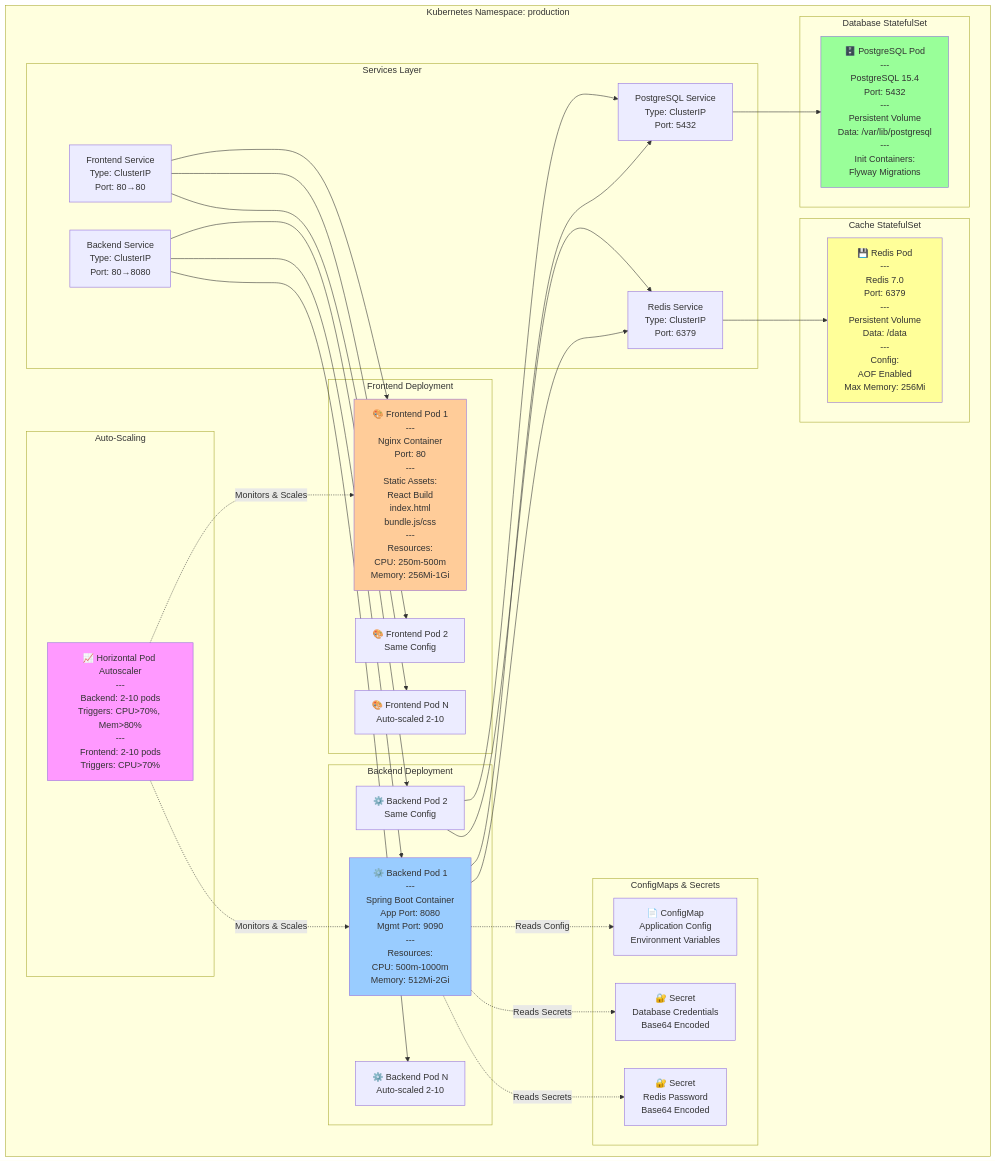
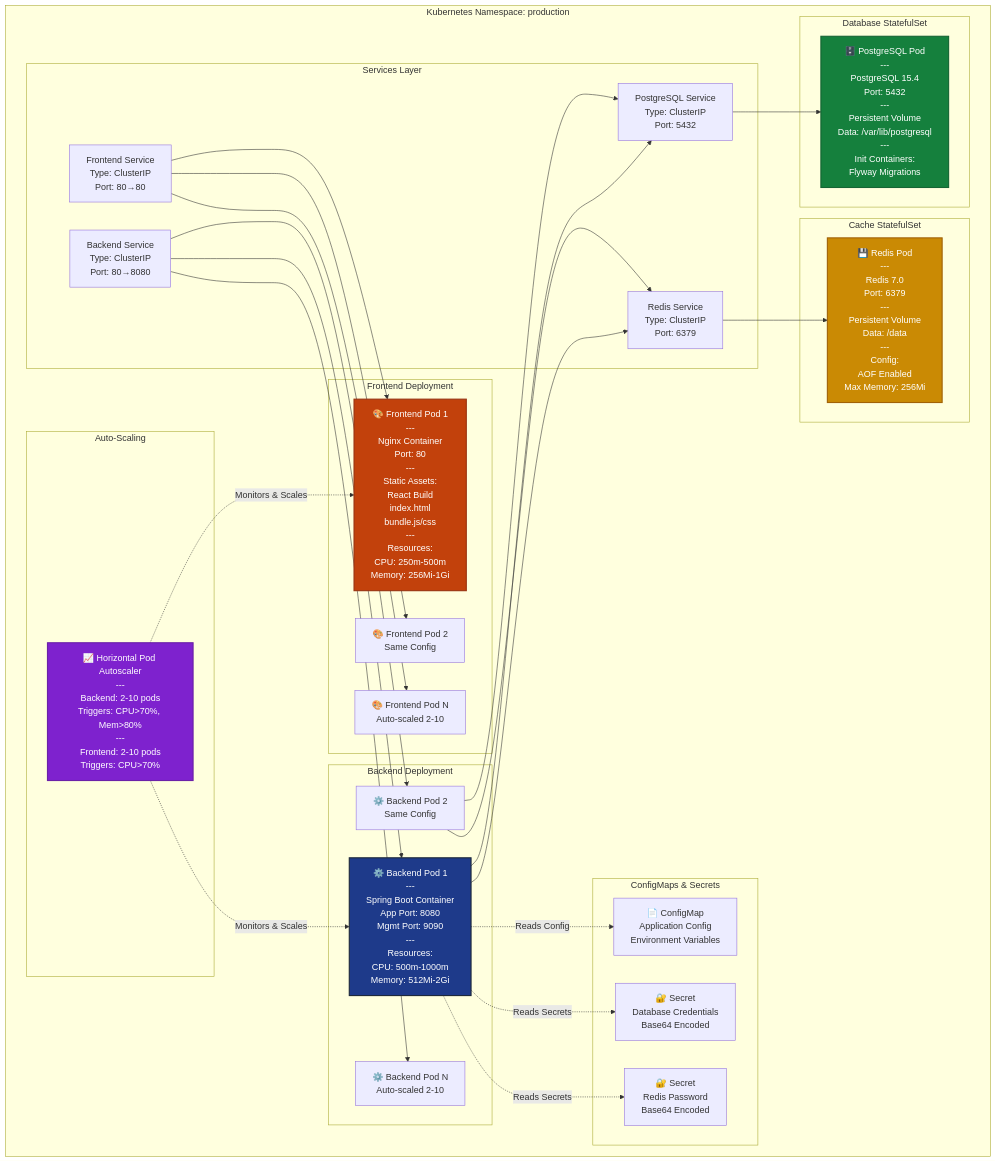
The fourth of 11 diagrams in ARCHITECTURE.md (gauravumrane29/my_Hands_On_Projects), drawn with Mermaid before and after one commit. The commit also changed other lines of this file and 1 other file, not shown here.

````diff
--- a/ARCHITECTURE.md
+++ b/ARCHITECTURE.md
@@ -189,68 +189,68 @@
 ```mermaid
 graph TB
     subgraph "Kubernetes Namespace: production"
         subgraph "Backend Deployment"
             BackendPod1[⚙️ Backend Pod 1<br/>---<br/>Spring Boot Container<br/>App Port: 8080<br/>Mgmt Port: 9090<br/>---<br/>Resources:<br/>CPU: 500m-1000m<br/>Memory: 512Mi-2Gi]
             BackendPod2[⚙️ Backend Pod 2<br/>Same Config]
             BackendPodN[⚙️ Backend Pod N<br/>Auto-scaled 2-10]
         end
         
         subgraph "Frontend Deployment"
             FrontendPod1[🎨 Frontend Pod 1<br/>---<br/>Nginx Container<br/>Port: 80<br/>---<br/>Static Assets:<br/>React Build<br/>index.html<br/>bundle.js/css<br/>---<br/>Resources:<br/>CPU: 250m-500m<br/>Memory: 256Mi-1Gi]
             FrontendPod2[🎨 Frontend Pod 2<br/>Same Config]
             FrontendPodN[🎨 Frontend Pod N<br/>Auto-scaled 2-10]
         end
         
         subgraph "Database StatefulSet"
             PostgreSQL[🗄️ PostgreSQL Pod<br/>---<br/>PostgreSQL 15.4<br/>Port: 5432<br/>---<br/>Persistent Volume<br/>Data: /var/lib/postgresql<br/>---<br/>Init Containers:<br/>Flyway Migrations]
         end
         
         subgraph "Cache StatefulSet"
             Redis[💾 Redis Pod<br/>---<br/>Redis 7.0<br/>Port: 6379<br/>---<br/>Persistent Volume<br/>Data: /data<br/>---<br/>Config:<br/>AOF Enabled<br/>Max Memory: 256Mi]
         end
         
         subgraph "Services Layer"
             BackendSvc[Backend Service<br/>Type: ClusterIP<br/>Port: 80→8080]
             FrontendSvc[Frontend Service<br/>Type: ClusterIP<br/>Port: 80→80]
             DBSvc[PostgreSQL Service<br/>Type: ClusterIP<br/>Port: 5432]
             CacheSvc[Redis Service<br/>Type: ClusterIP<br/>Port: 6379]
         end
         
         subgraph "ConfigMaps & Secrets"
             ConfigMap[📄 ConfigMap<br/>Application Config<br/>Environment Variables]
             DBSecret[🔐 Secret<br/>Database Credentials<br/>Base64 Encoded]
             RedisSecret[🔐 Secret<br/>Redis Password<br/>Base64 Encoded]
         end
         
         subgraph "Auto-Scaling"
             HPA[📈 Horizontal Pod Autoscaler<br/>---<br/>Backend: 2-10 pods<br/>Triggers: CPU>70%, Mem>80%<br/>---<br/>Frontend: 2-10 pods<br/>Triggers: CPU>70%]
         end
     end
     
     BackendSvc --> BackendPod1
     BackendSvc --> BackendPod2
     BackendSvc --> BackendPodN
     FrontendSvc --> FrontendPod1
     FrontendSvc --> FrontendPod2
     FrontendSvc --> FrontendPodN
     DBSvc --> PostgreSQL
     CacheSvc --> Redis
     
     BackendPod1 --> DBSvc
     BackendPod1 --> CacheSvc
     BackendPod2 --> DBSvc
     BackendPod2 --> CacheSvc
     
     BackendPod1 -.->|Reads Config| ConfigMap
     BackendPod1 -.->|Reads Secrets| DBSecret
     BackendPod1 -.->|Reads Secrets| RedisSecret
     
     HPA -.->|Monitors & Scales| BackendPod1
     HPA -.->|Monitors & Scales| FrontendPod1
     
-    style BackendPod1 fill:#99ccff
-    style FrontendPod1 fill:#ffcc99
-    style PostgreSQL fill:#99ff99
-    style Redis fill:#ffff99
-    style HPA fill:#ff99ff
+    style BackendPod1 fill:#1e3a8a,stroke:#1e293b,stroke-width:2px,color:#fff
+    style FrontendPod1 fill:#c2410c,stroke:#9a3412,stroke-width:2px,color:#fff
+    style PostgreSQL fill:#15803d,stroke:#166534,stroke-width:2px,color:#fff
+    style Redis fill:#ca8a04,stroke:#a16207,stroke-width:2px,color:#fff
+    style HPA fill:#7e22ce,stroke:#6b21a8,stroke-width:2px,color:#fff
 ```
````
